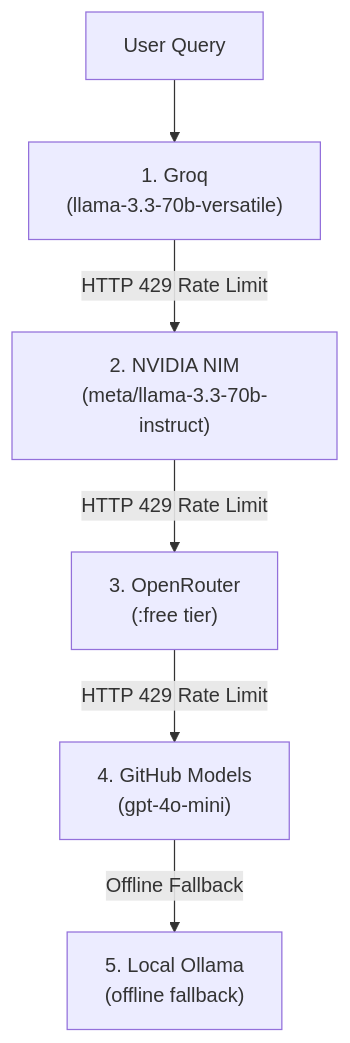
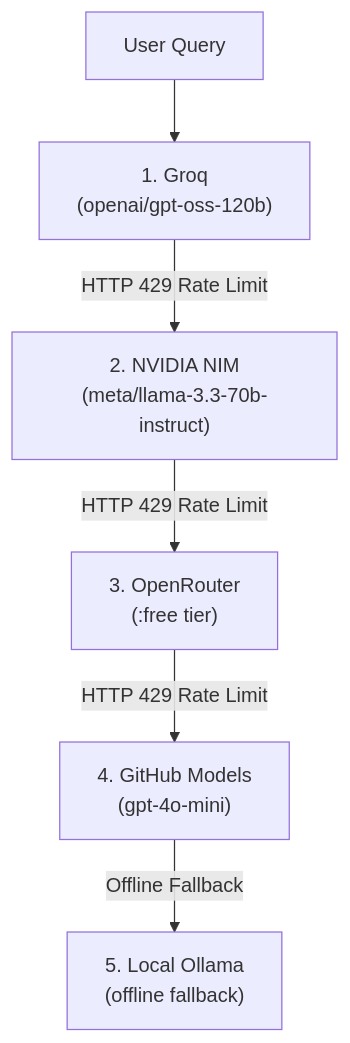
One commit to frasheed-dev/specrag changed the seventh of 7 diagrams in README.md. Above: the diagram before and after it, drawn with Mermaid. The commit also changed other lines of this file and 4 other files, not shown here.

Commit message:
feat(ui): default Groq to openai/gpt-oss-120b and document local chat UI setup

````diff
--- a/README.md
+++ b/README.md
@@ -292,8 +292,8 @@
 ```mermaid
 flowchart TD
-    Start["User Query"] --> P1["1. Groq\n(llama-3.3-70b-versatile)"]
+    Start["User Query"] --> P1["1. Groq\n(openai/gpt-oss-120b)"]
     P1 -->|HTTP 429 Rate Limit| P2["2. NVIDIA NIM\n(meta/llama-3.3-70b-instruct)"]
     P2 -->|HTTP 429 Rate Limit| P3["3. OpenRouter\n(:free tier)"]
     P3 -->|HTTP 429 Rate Limit| P4["4. GitHub Models\n(gpt-4o-mini)"]
     P4 -->|Offline Fallback| P5["5. Local Ollama\n(offline fallback)"]
 ```
````
